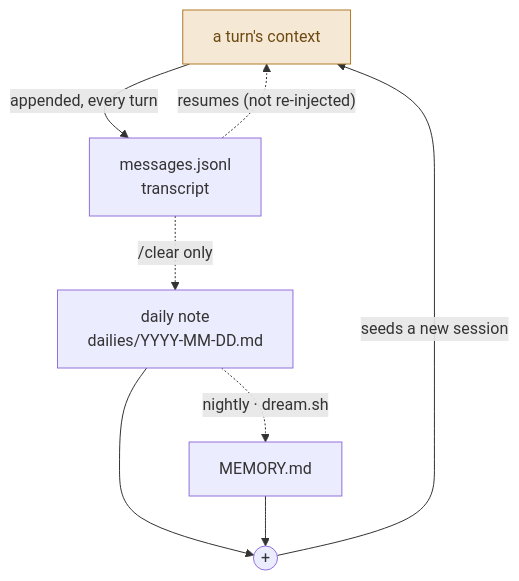
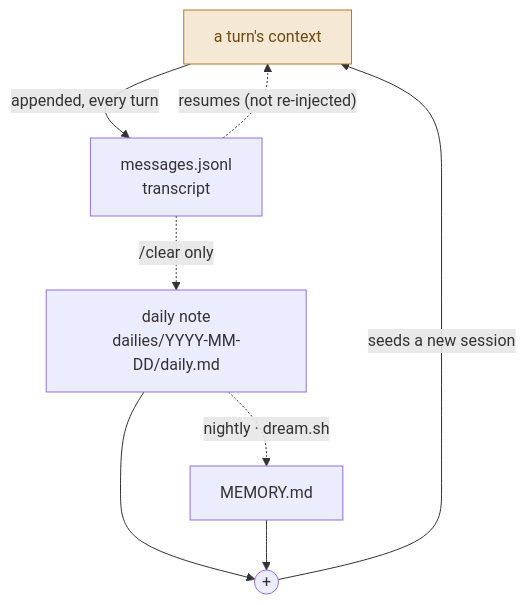
Before and after one commit to KubaJerz/alfred-node: the fourth of 4 diagrams in SYSTEM-MAP.md, drawn with Mermaid. The commit also changed 9 other files, not shown here.

````diff
--- a/SYSTEM-MAP.md
+++ b/SYSTEM-MAP.md
@@ -221,12 +221,12 @@
 ```mermaid
 flowchart TD
     CTX["a turn's context"] -->|"appended, every turn"| LIVE["messages.jsonl<br/>transcript"]
     LIVE -.->|"resumes (not re-injected)"| CTX
-    LIVE -.->|"/clear only"| DAILY["daily note<br/>dailies/YYYY-MM-DD.md"]
+    LIVE -.->|"/clear only"| DAILY["daily note<br/>dailies/YYYY-MM-DD/daily.md"]
     DAILY -.->|"nightly · dream.sh"| MEM["MEMORY.md"]
     DAILY --> PLUS(("+"))
     MEM --> PLUS
     PLUS -->|"seeds a new session"| CTX
     classDef agent fill:#f5e8d5,stroke:#b07a2a,color:#6e4a12
     class CTX agent
 ```
````
